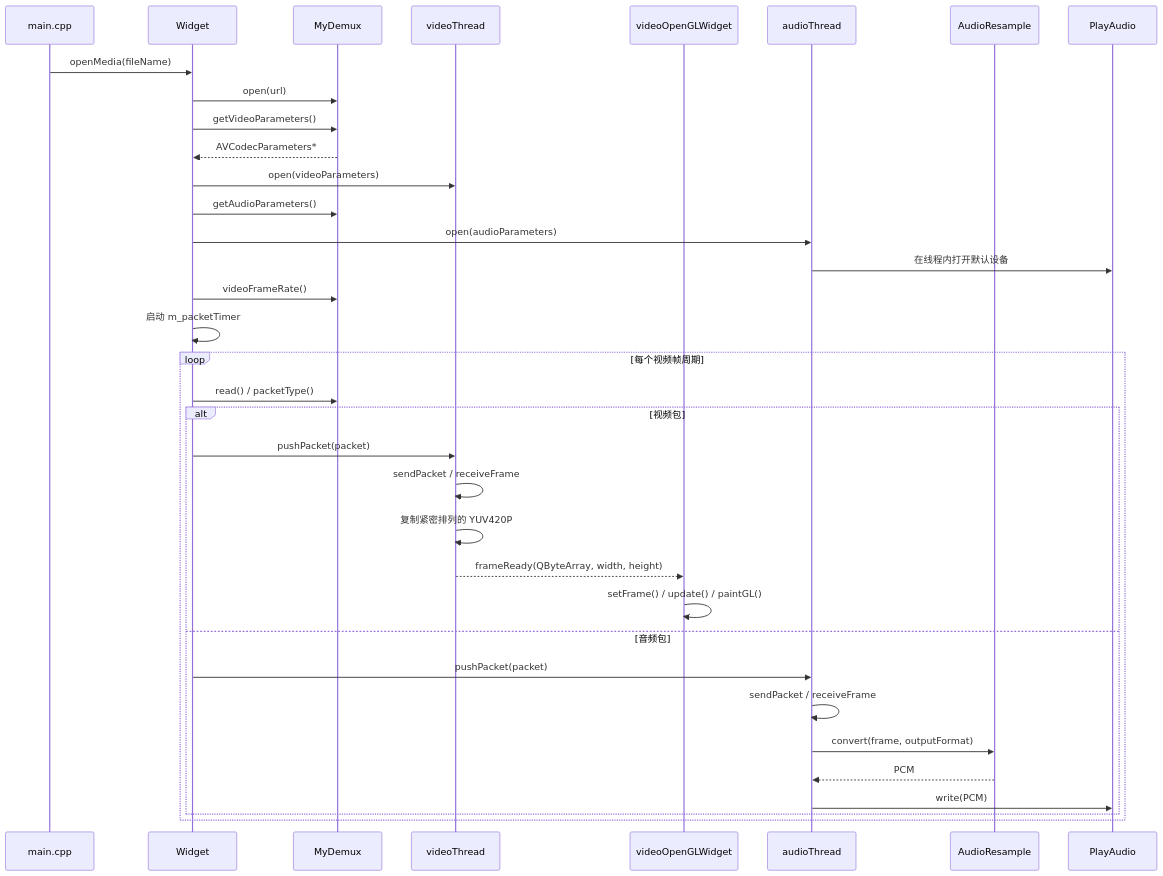
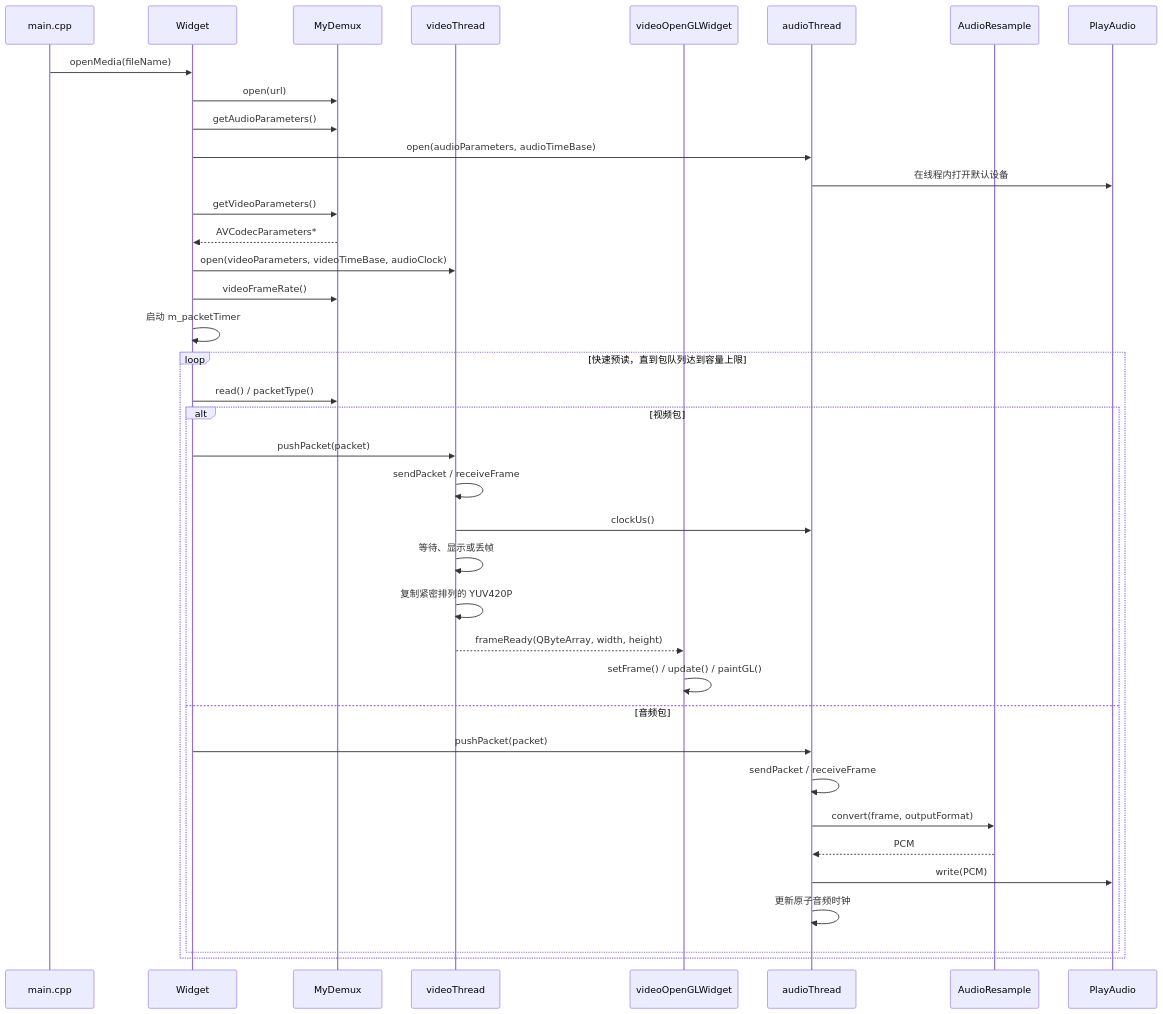
Before and after one commit to lalalaaha12138-pixel/lsf: the second of 2 diagrams in DEVELOPMENT.md, drawn with Mermaid. The commit also changed other lines of this file and 11 other files, not shown here.

````diff
--- a/DEVELOPMENT.md
+++ b/DEVELOPMENT.md
@@ -143,39 +150,42 @@
 ```mermaid
 sequenceDiagram
     participant Main as main.cpp
     participant Player as Widget
     participant Demux as MyDemux
     participant VideoThread as videoThread
     participant Renderer as videoOpenGLWidget
     participant AudioThread as audioThread
     participant Resample as AudioResample
     participant Audio as PlayAudio
 
     Main->>Player: openMedia(fileName)
     Player->>Demux: open(url)
+    Player->>Demux: getAudioParameters()
+    Player->>AudioThread: open(audioParameters, audioTimeBase)
+    AudioThread->>Audio: 在线程内打开默认设备
     Player->>Demux: getVideoParameters()
     Demux-->>Player: AVCodecParameters*
-    Player->>VideoThread: open(videoParameters)
-    Player->>Demux: getAudioParameters()
-    Player->>AudioThread: open(audioParameters)
-    AudioThread->>Audio: 在线程内打开默认设备
+    Player->>VideoThread: open(videoParameters, videoTimeBase, audioClock)
     Player->>Demux: videoFrameRate()
     Player->>Player: 启动 m_packetTimer
 
-    loop 每个视频帧周期
+    loop 快速预读，直到包队列达到容量上限
         Player->>Demux: read() / packetType()
         alt 视频包
             Player->>VideoThread: pushPacket(packet)
             VideoThread->>VideoThread: sendPacket / receiveFrame
+            VideoThread->>AudioThread: clockUs()
+            VideoThread->>VideoThread: 等待、显示或丢帧
             VideoThread->>VideoThread: 复制紧密排列的 YUV420P
             VideoThread-->>Renderer: frameReady(QByteArray, width, height)
             Renderer->>Renderer: setFrame() / update() / paintGL()
         else 音频包
             Player->>AudioThread: pushPacket(packet)
             AudioThread->>AudioThread: sendPacket / receiveFrame
             AudioThread->>Resample: convert(frame, outputFormat)
             Resample-->>AudioThread: PCM
             AudioThread->>Audio: write(PCM)
+            AudioThread->>AudioThread: 更新原子音频时钟
         end
     end
 ```
````
